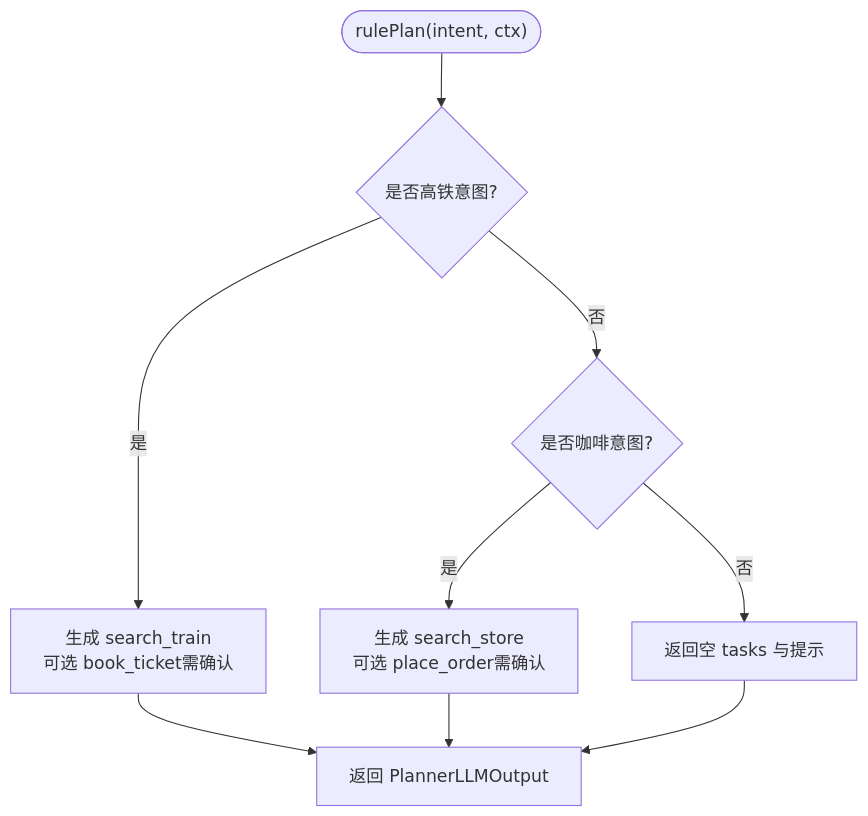
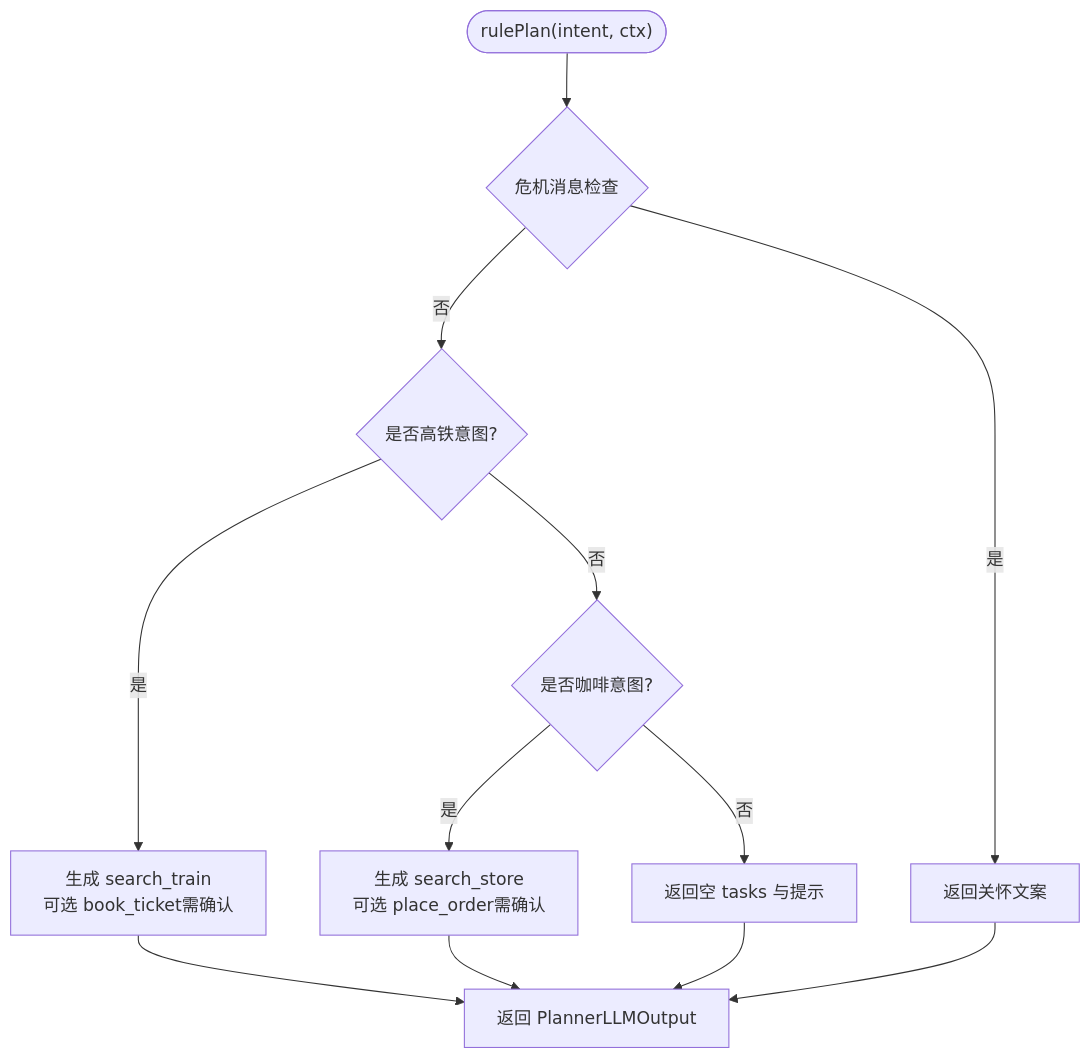
One commit to Ichi-Hackton/WAIC-WeChat-MiniProgram changed the seventh of 9 diagrams in .qoder/repowiki/zh/content/LLM集成/LLM客户端.md. Above: the diagram before and after it, drawn with Mermaid. The commit also changed other lines of this file and 28 other files, not shown here.

````diff
--- a/.qoder/repowiki/zh/content/LLM集成/LLM客户端.md
+++ b/.qoder/repowiki/zh/content/LLM集成/LLM客户端.md
@@ -311,11 +347,14 @@
 ```mermaid
 flowchart TD
-Start(["rulePlan(intent, ctx)"]) --> DetectTrain{"是否高铁意图?"}
+Start(["rulePlan(intent, ctx)"]) --> CrisisCheck{"危机消息检查"}
+CrisisCheck --> |是| CrisisResponse["返回关怀文案"]
+CrisisCheck --> |否| DetectTrain{"是否高铁意图?"}
 DetectTrain --> |是| TrainTasks["生成 search_train<br/>可选 book_ticket需确认"]
 DetectTrain --> |否| DetectCoffee{"是否咖啡意图?"}
 DetectCoffee --> |是| CoffeeTasks["生成 search_store<br/>可选 place_order需确认"]
 DetectCoffee --> |否| Empty["返回空 tasks 与提示"]
 TrainTasks --> Return["返回 PlannerLLMOutput"]
 CoffeeTasks --> Return
 Empty --> Return
+CrisisResponse --> Return
 ```
````
